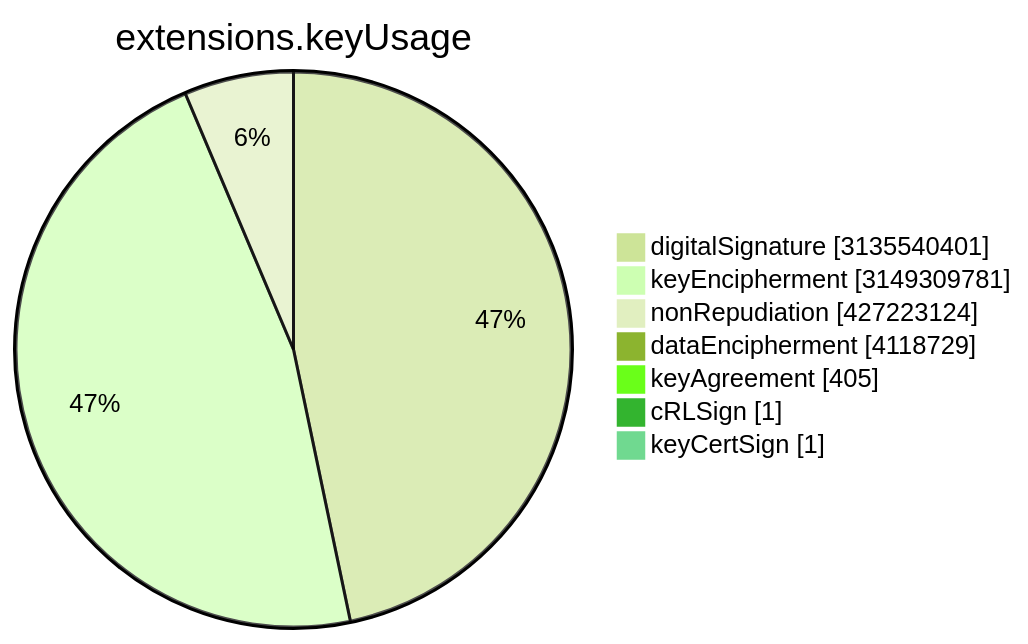
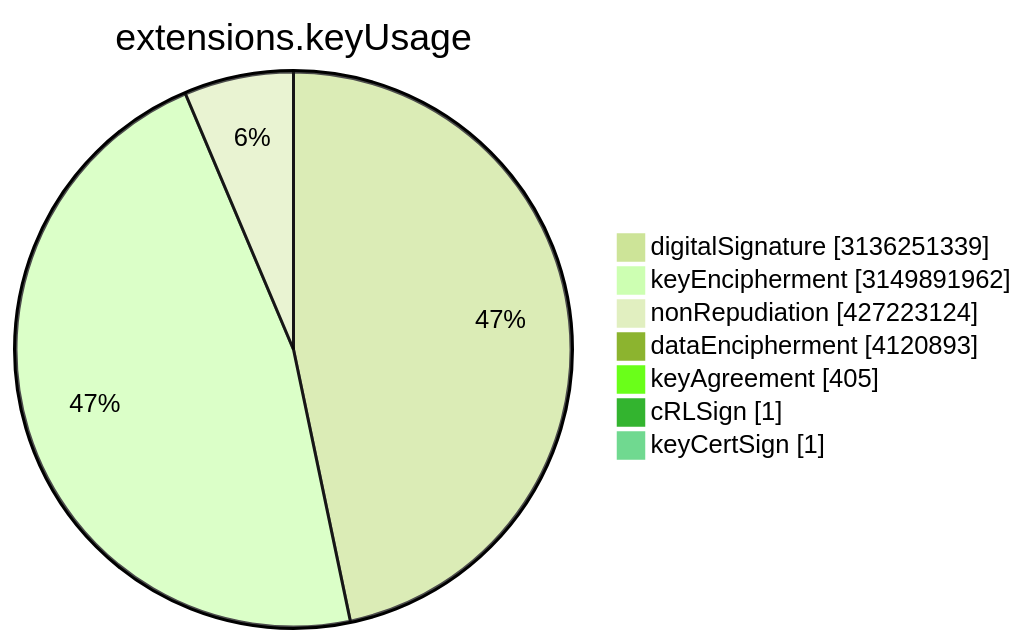
The sixth of 15 diagrams in TOTAL/README.md (christiankrug/ctmonitor_visualization), drawn with Mermaid (forest theme) before and after one commit. The commit also changed other lines of this file, not shown here.

````diff
--- a/TOTAL/README.md
+++ b/TOTAL/README.md
@@ -3077,11 +3077,11 @@
 ```mermaid
 pie showData
 title extensions.keyUsage
-"digitalSignature" :3135540401
-"keyEncipherment" :3149309781
+"digitalSignature" :3136251339
+"keyEncipherment" :3149891962
 "nonRepudiation" :427223124
-"dataEncipherment" :4118729
+"dataEncipherment" :4120893
 "keyAgreement" :405
 "cRLSign" :1
 "keyCertSign" :1
 ```
````
